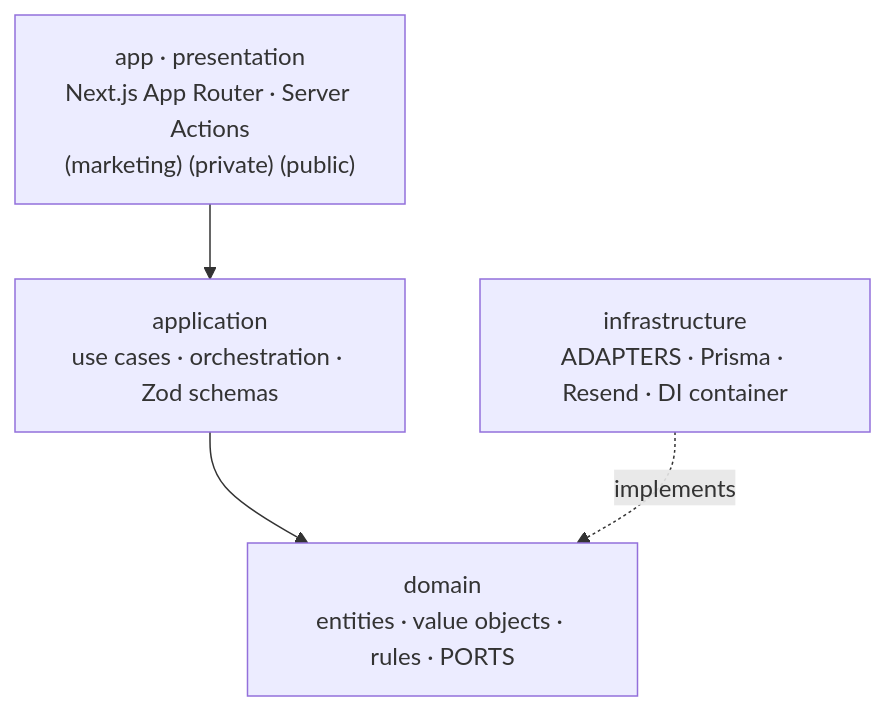
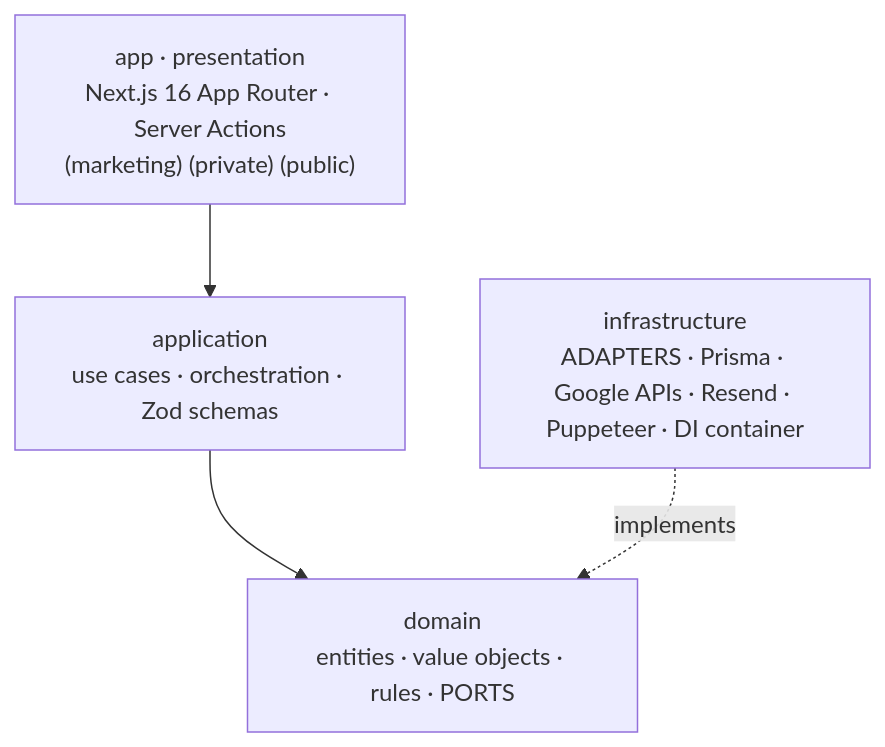
One commit to 7eightDev/7eightDev-web changed the diagram in README.md. Above: the diagram before and after it, drawn with Mermaid. The commit also changed other lines of this file and 10 other files, not shown here.

````diff
--- a/README.md
+++ b/README.md
@@ -40,10 +134,10 @@
 ```mermaid
 flowchart TD
-    A["app · presentation<br/>Next.js App Router · Server Actions<br/>(marketing) (private) (public)"]
+    A["app · presentation<br/>Next.js 16 App Router · Server Actions<br/>(marketing) (private) (public)"]
     B["application<br/>use cases · orchestration · Zod schemas"]
     C["domain<br/>entities · value objects · rules · PORTS"]
-    D["infrastructure<br/>ADAPTERS · Prisma · Resend · DI container"]
+    D["infrastructure<br/>ADAPTERS · Prisma · Google APIs · Resend · Puppeteer · DI container"]
 
     A --> B --> C
     D -. implements .-> C
 ```
````
